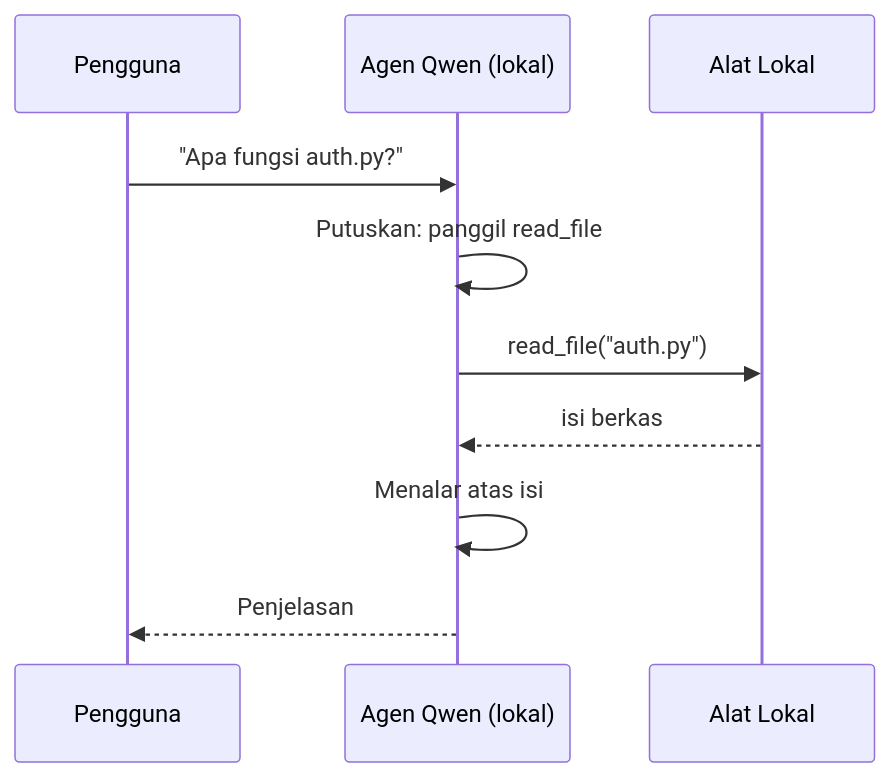
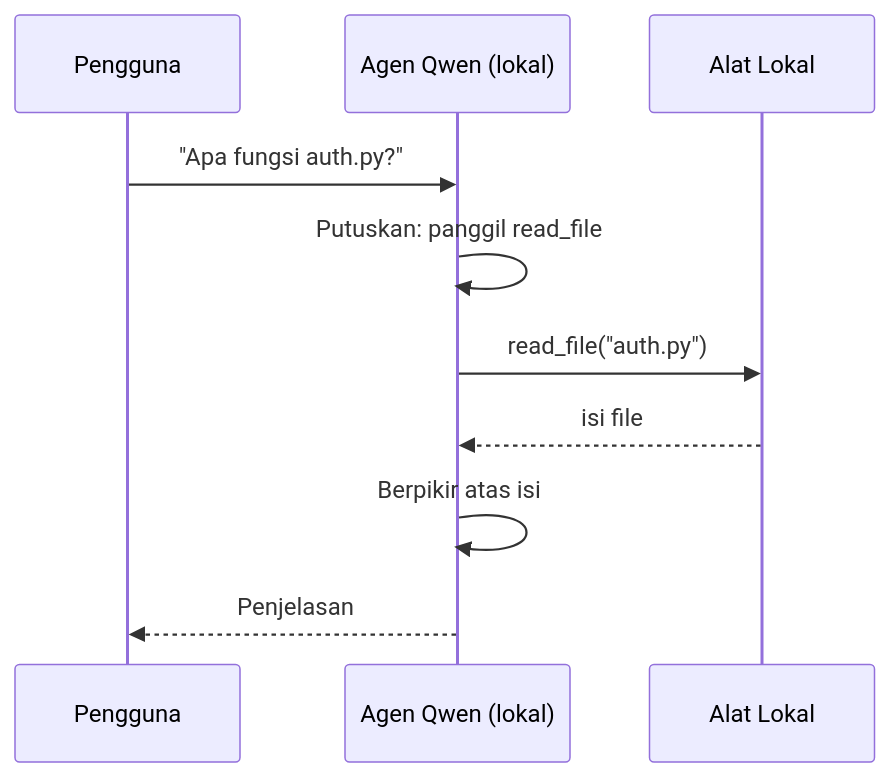
The second of 4 diagrams in mirrors/repos/microsoft@ai-agents-for-beginners/translations/id/17-creating-local-ai-agents/README.md (gabrielmoreira/agent-skills-mirror), drawn with Mermaid before and after one commit. The commit also changed other lines of this file and 4262 other files, not shown here.

````diff
--- a/mirrors/repos/microsoft@ai-agents-for-beginners/translations/id/17-creating-local-ai-agents/README.md
+++ b/mirrors/repos/microsoft@ai-agents-for-beginners/translations/id/17-creating-local-ai-agents/README.md
@@ -106,12 +106,12 @@
 ```mermaid
 sequenceDiagram
     participant U as Pengguna
     participant A as Agen Qwen (lokal)
     participant T as Alat Lokal
     U->>A: "Apa fungsi auth.py?"
     A->>A: Putuskan: panggil read_file
     A->>T: read_file("auth.py")
-    T-->>A: isi berkas
-    A->>A: Menalar atas isi
+    T-->>A: isi file
+    A->>A: Berpikir atas isi
     A-->>U: Penjelasan
 ```
````
